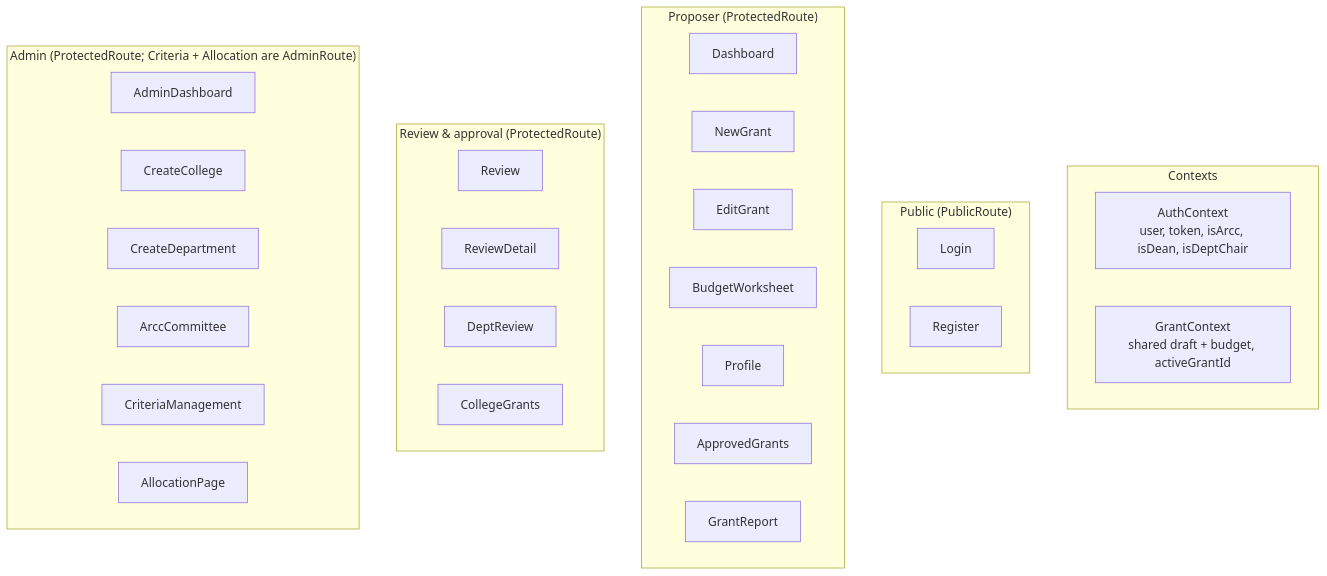
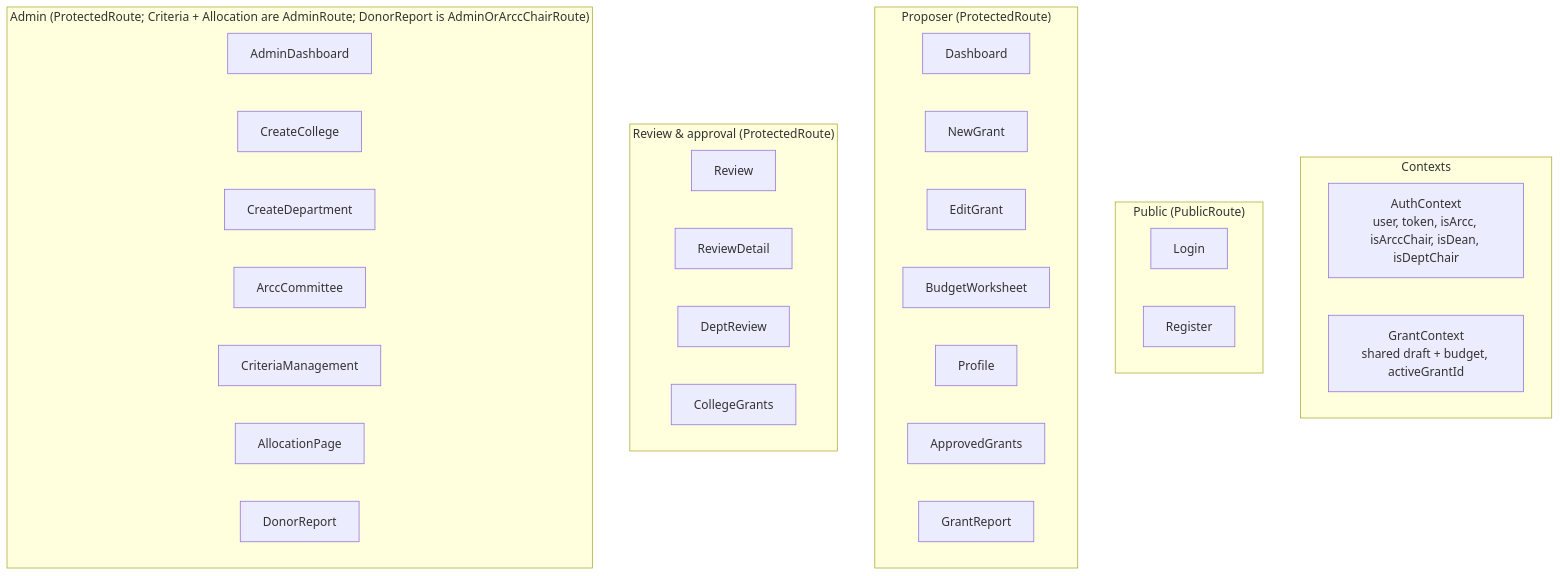
One commit to jayantiacharya/grant-management-system changed the second of 8 diagrams in docs/architecture.md. Above: the diagram before and after it, drawn with Mermaid. The commit also changed other lines of this file and 3 other files, not shown here.

First line of the commit message:
docs: sync donor report, grant questions, and accounting gate

````diff
--- a/docs/architecture.md
+++ b/docs/architecture.md
@@ -28,38 +28,39 @@
 ```mermaid
 flowchart TB
     subgraph Contexts
-        AUTH["AuthContext<br/>user, token, isArcc, isDean, isDeptChair"]
+        AUTH["AuthContext<br/>user, token, isArcc, isArccChair, isDean, isDeptChair"]
         GRANT["GrantContext<br/>shared draft + budget, activeGrantId"]
     end
 
     subgraph Public ["Public (PublicRoute)"]
         LOGIN[Login]
         REG[Register]
     end
 
     subgraph Proposer ["Proposer (ProtectedRoute)"]
         DASH[Dashboard]
         NEW[NewGrant]
         EDIT[EditGrant]
         BUDGET[BudgetWorksheet]
         PROFILE[Profile]
         APPROVED[ApprovedGrants]
         REPORT[GrantReport]
     end
 
     subgraph Review ["Review & approval (ProtectedRoute)"]
         REV[Review]
         REVDET[ReviewDetail]
         DEPTREV[DeptReview]
         CG[CollegeGrants]
     end
 
-    subgraph Admin ["Admin (ProtectedRoute; Criteria + Allocation are AdminRoute)"]
+    subgraph Admin ["Admin (ProtectedRoute; Criteria + Allocation are AdminRoute; DonorReport is AdminOrArccChairRoute)"]
         ADASH[AdminDashboard]
         COLLEGE[CreateCollege]
         DEPT[CreateDepartment]
         ARCCPG[ArccCommittee]
         CRIT[CriteriaManagement]
         ALLOC[AllocationPage]
+        DONOR[DonorReport]
     end
 ```
````
